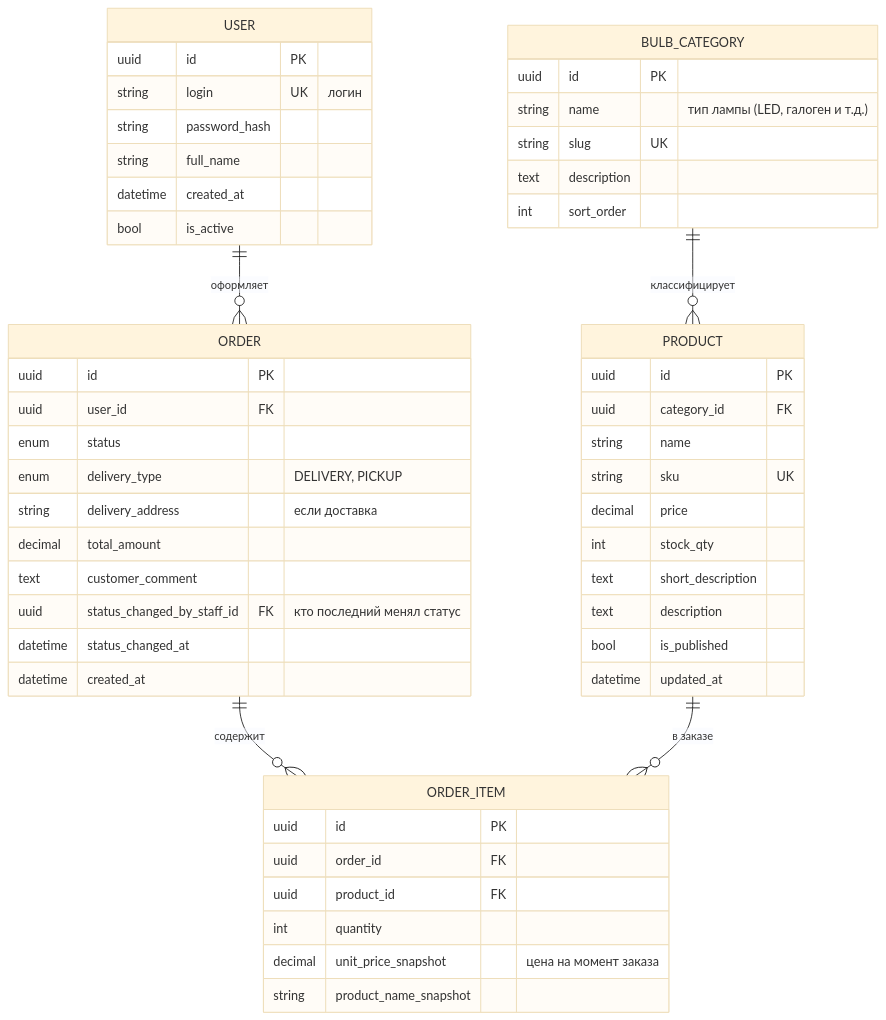
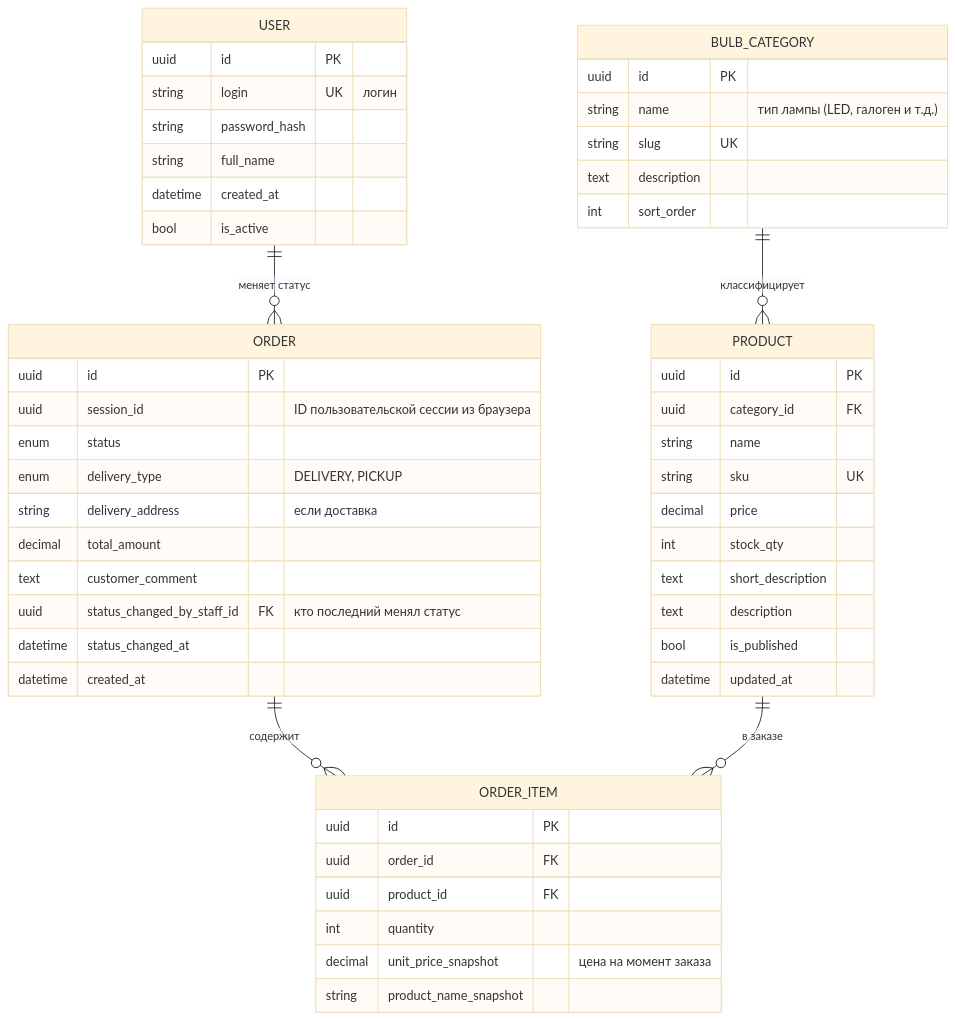
One commit to m0ssador/bulb-store changed the diagram in SCHEMA.md. Above: the diagram before and after it, drawn with Mermaid (base theme). The commit also changed 1 other file, not shown here.

Commit message:
simplified roles

````diff
--- a/SCHEMA.md
+++ b/SCHEMA.md
@@ -15,62 +15,62 @@
 ```mermaid
 erDiagram
-    USER ||--o{ ORDER : "оформляет"
+    USER ||--o{ ORDER : "меняет статус"
 
     BULB_CATEGORY ||--o{ PRODUCT : "классифицирует"
 
 
     ORDER ||--o{ ORDER_ITEM : "содержит"
     PRODUCT ||--o{ ORDER_ITEM : "в заказе"
     
     USER {
         uuid id PK
         string login UK "логин"
         string password_hash
         string full_name
         datetime created_at
         bool is_active
     }
 
     BULB_CATEGORY {
         uuid id PK
         string name "тип лампы (LED, галоген и т.д.)"
         string slug UK
         text description
         int sort_order
     }
 
     PRODUCT {
         uuid id PK
         uuid category_id FK
         string name
         string sku UK
         decimal price
         int stock_qty
         text short_description
         text description
         bool is_published
         datetime updated_at
     }
 
     ORDER {
         uuid id PK
-        uuid user_id FK
+        uuid session_id "ID пользовательской сессии из браузера"
         enum status
         enum delivery_type "DELIVERY, PICKUP"
         string delivery_address "если доставка"
         decimal total_amount
         text customer_comment
         uuid status_changed_by_staff_id FK "кто последний менял статус"
         datetime status_changed_at
         datetime created_at
     }
 
     ORDER_ITEM {
         uuid id PK
         uuid order_id FK
         uuid product_id FK
         int quantity
         decimal unit_price_snapshot "цена на момент заказа"
         string product_name_snapshot
     }
 ```
````
